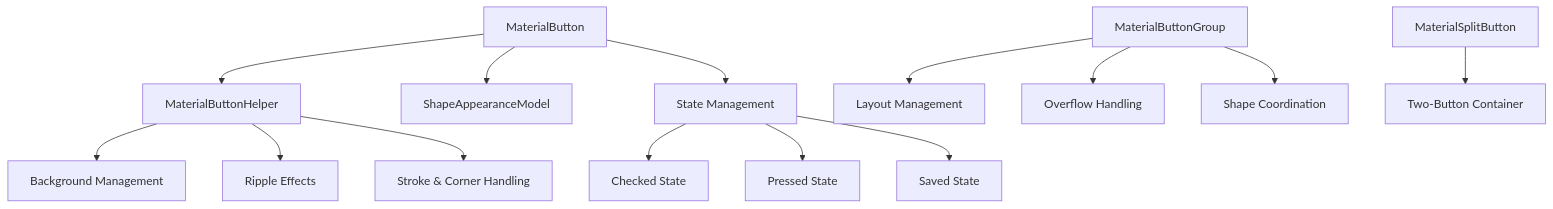
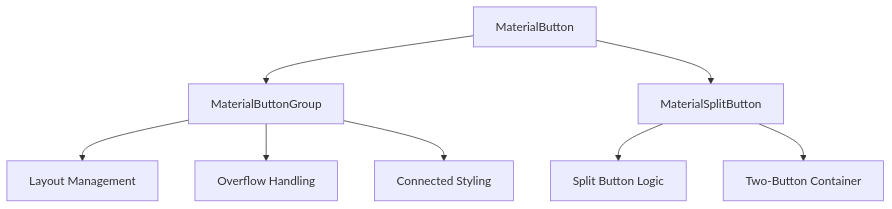
The diagram in docs/material-components--material-components-android-docs/button.md (FSoft-AI4Code/codewiki-demo), drawn with Mermaid before and after one commit. The commit also changed other lines of this file and 1103 other files, not shown here.

````diff
--- a/docs/material-components--material-components-android-docs/button.md
+++ b/docs/material-components--material-components-android-docs/button.md
@@ -11,18 +21,10 @@
 ```mermaid
 graph TD
-    A[MaterialButton] --> B[MaterialButtonHelper]
-    A --> C[ShapeAppearanceModel]
-    A --> D[State Management]
-    E[MaterialButtonGroup] --> F[Layout Management]
-    E --> G[Overflow Handling]
-    E --> H[Shape Coordination]
-    I[MaterialSplitButton] --> J[Two-Button Container]
-    
-    B --> K[Background Management]
-    B --> L[Ripple Effects]
-    B --> M[Stroke & Corner Handling]
-    
-    D --> N[Checked State]
-    D --> O[Pressed State]
-    D --> P[Saved State]
+    A[MaterialButton] --> B[MaterialButtonGroup]
+    A --> C[MaterialSplitButton]
+    B --> D[Layout Management]
+    B --> E[Overflow Handling]
+    B --> F[Connected Styling]
+    C --> G[Split Button Logic]
+    C --> H[Two-Button Container]
 ```
````
